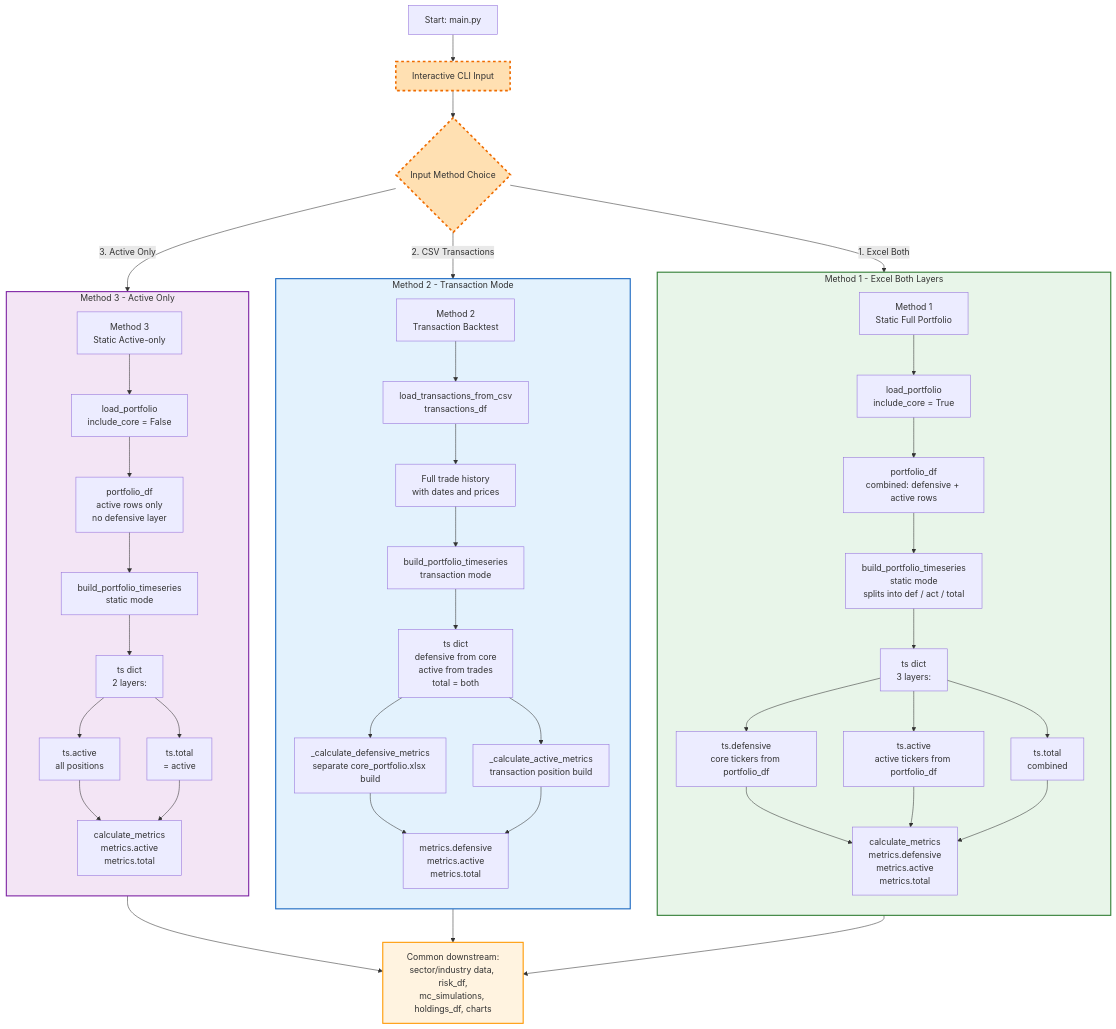
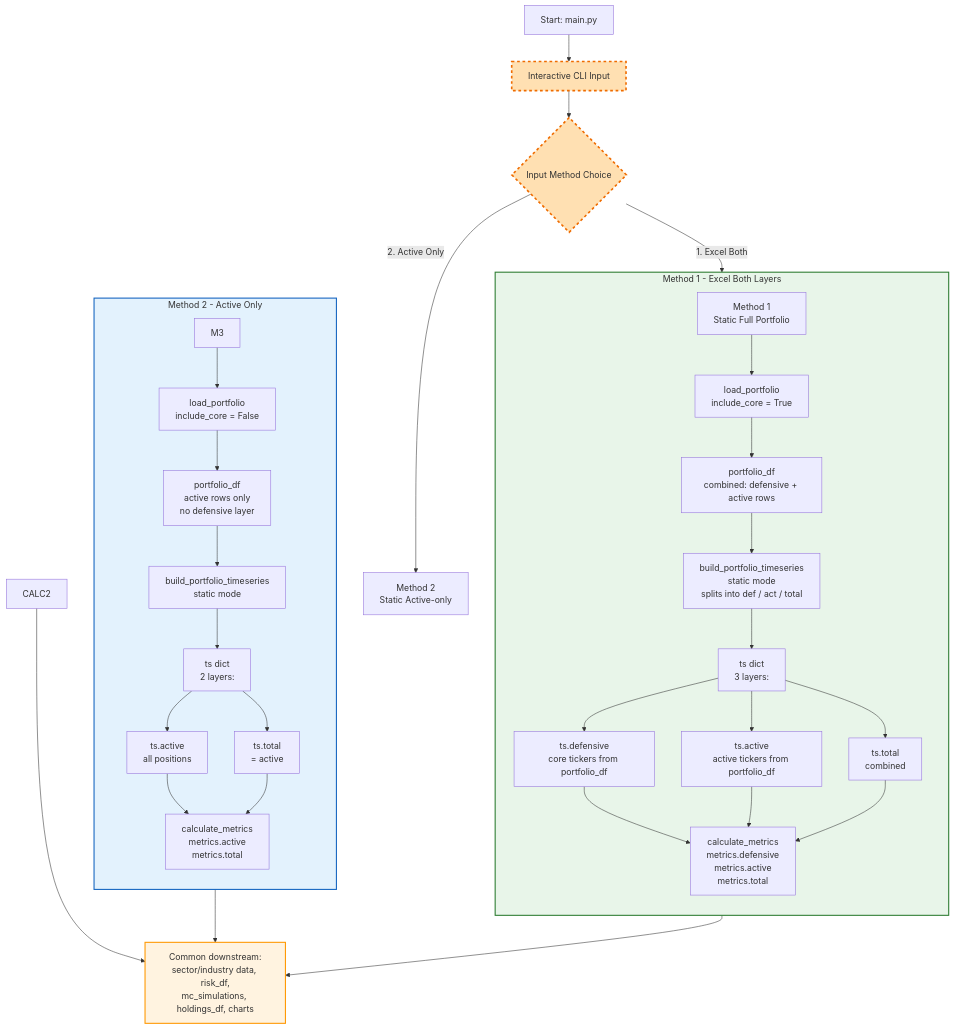
Before and after one commit to AlphaSentra/alphasentra-functions: the first of 5 diagrams in Functions/port/DATA_ARCHITECTURE.md, drawn with Mermaid. The commit also changed other lines of this file and 10 other files, not shown here.

````diff
--- a/Functions/port/DATA_ARCHITECTURE.md
+++ b/Functions/port/DATA_ARCHITECTURE.md
@@ -61,63 +60,49 @@
 ```mermaid
 flowchart TD
     A[Start: main.py] --> B[Interactive CLI Input]
     B --> C{Input Method Choice}
 
     C -->|1. Excel Both| M1[Method 1\nStatic Full Portfolio]
-    C -->|2. CSV Transactions| M2[Method 2\nTransaction Backtest]
-    C -->|3. Active Only| M3[Method 3\nStatic Active-only]
+    C -->|2. Active Only| M2[Method 2\nStatic Active-only]
 
     %% Method 1 Path
     subgraph Path1 [Method 1 - Excel Both Layers]
         direction TB
         M1 --> L1[load_portfolio\ninclude_core = True]
         L1 --> P1[portfolio_df\ncombined: defensive + active rows]
         P1 --> T1[build_portfolio_timeseries\nstatic mode\nsplits into def / act / total]
         T1 --> TS1[ts dict\n3 layers:]
         TS1 --> TS1A[ts.defensive\ncore tickers from portfolio_df]
         TS1 --> TS1B[ts.active\nactive tickers from portfolio_df]
         TS1 --> TS1C[ts.total\ncombined]
         TS1A & TS1B & TS1C --> CALC1[calculate_metrics\nmetrics.defensive\nmetrics.active\nmetrics.total]
     end
 
-    %% Method 2 Path
-    subgraph Path2 [Method 2 - Transaction Mode]
-        direction TB
-        M2 --> L2[load_transactions_from_csv\ntransactions_df]
-        L2 --> P2[Full trade history\nwith dates and prices]
-        P2 --> T2[build_portfolio_timeseries\ntransaction mode]
-        T2 --> TS2[ts dict\ndefensive from core\nactive from trades\ntotal = both]
-        TS2 --> DEF[_calculate_defensive_metrics\nseparate core_portfolio.xlsx build]
-        TS2 --> ACT[_calculate_active_metrics\ntransaction position build]
-        DEF --> CALC2[metrics.defensive\nmetrics.active\nmetrics.total]
-        ACT --> CALC2
-    end
-
     %% Method 3 Path
-    subgraph Path3 [Method 3 - Active Only]
+    subgraph Path2 [Method 2 - Active Only]
         direction TB
         M3 --> L3[load_portfolio\ninclude_core = False]
         L3 --> F3[portfolio_df\nactive rows only\nno defensive layer]
         F3 --> T3[build_portfolio_timeseries\nstatic mode]
         T3 --> TS3[ts dict\n2 layers:]
         TS3 --> TS3A[ts.active\nall positions]
         TS3 --> TS3B[ts.total\n= active]
         TS3A & TS3B --> CALC3[calculate_metrics\nmetrics.active\nmetrics.total]
     end
 
     %% converge
     CALC1 & CALC2 & CALC3 --> COMMON[Common downstream:\nsector/industry data, risk_df,\nmc_simulations, holdings_df, charts]
 
     %% Styling
     classDef choice fill:#ffe0b2,stroke:#ef6c00,stroke-width:3px,stroke-dasharray:5 5
     classDef path1 fill:#e8f5e9,stroke:#2e7d32,stroke-width:2px
     classDef path2 fill:#e3f2fd,stroke:#1565c0,stroke-width:2px
     classDef path3 fill:#f3e5f5,stroke:#7b1fa2,stroke-width:2px
     classDef common fill:#fff3e0,stroke:#ff9800,stroke-width:2px
 
     class B,C choice
     class Path1 path1
     class Path2 path2
     class Path3 path3
     class COMMON common
 ```
````
